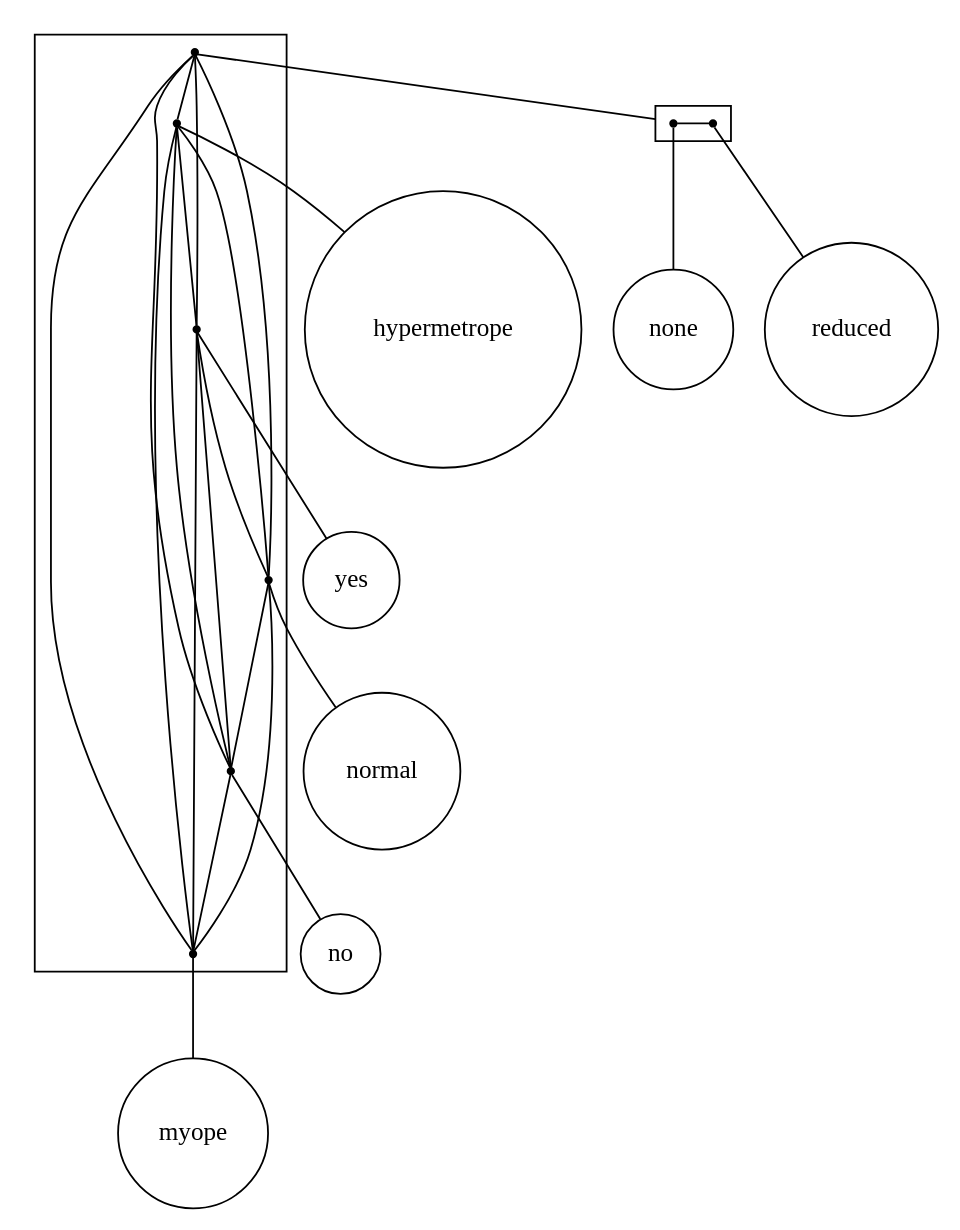
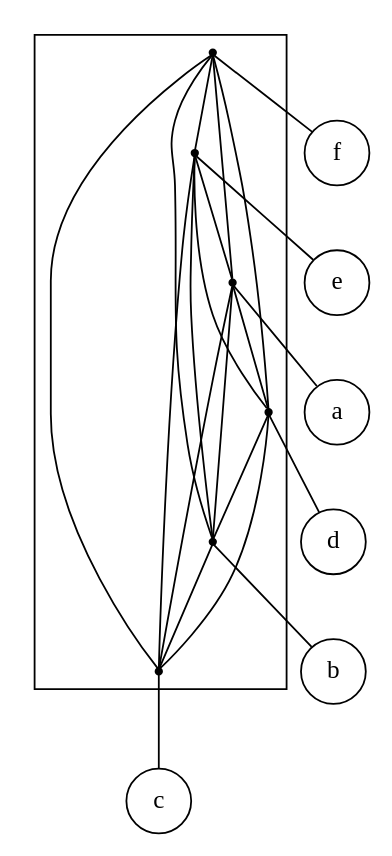
Before and after one commit to lrodrin/TFG: the diagram in src/final/plain_2-structure.dot, drawn with Graphviz. The commit also changed 8 other files, not shown here.

Commit message:
ja no es crida a graphviz si el graph té més de 15 nodes

```diff
--- a/src/final/plain_2-structure.dot
+++ b/src/final/plain_2-structure.dot
@@ -1,47 +1,38 @@
 strict digraph "plain_2-structure" {
 compound=true;
 fontname=Verdana;
 fontsize=12;
 newrank=true;
 node [shape=circle];
-hypermetrope;
-yes;
-normal;
-no;
-myope;
-none;
-reduced;
-subgraph cluster_yesreducedmyopehypermetropenonenormalno {
+f;
+e;
+a;
+d;
+b;
+c;
+subgraph cluster_efdbca {
 node [shape=point];
-s_nonereduced -> s_hypermetrope  [color=black, arrowhead=none];
-s_nonereduced -> s_yes  [color=black, arrowhead=none];
-s_nonereduced -> s_normal  [color=black, arrowhead=none];
-s_nonereduced -> s_no  [color=black, arrowhead=none];
-s_nonereduced -> s_myope  [color=black, arrowhead=none];
-s_hypermetrope -> s_yes  [color=black, arrowhead=none];
-s_hypermetrope -> s_normal  [color=black, arrowhead=none];
-s_hypermetrope -> s_no  [color=black, arrowhead=none];
-s_hypermetrope -> s_myope  [color=black, arrowhead=none];
-s_yes -> s_normal  [color=black, arrowhead=none];
-s_yes -> s_no  [color=black, arrowhead=none];
-s_yes -> s_myope  [color=black, arrowhead=none];
-s_normal -> s_no  [color=black, arrowhead=none];
-s_normal -> s_myope  [color=black, arrowhead=none];
-s_no -> s_myope  [color=black, arrowhead=none];
+s_f -> s_e  [color=black, arrowhead=none];
+s_f -> s_a  [color=black, arrowhead=none];
+s_f -> s_d  [color=black, arrowhead=none];
+s_f -> s_b  [color=black, arrowhead=none];
+s_f -> s_c  [color=black, arrowhead=none];
+s_e -> s_a  [color=black, arrowhead=none];
+s_e -> s_d  [color=black, arrowhead=none];
+s_e -> s_b  [color=black, arrowhead=none];
+s_e -> s_c  [color=black, arrowhead=none];
+s_a -> s_d  [color=black, arrowhead=none];
+s_a -> s_b  [color=black, arrowhead=none];
+s_a -> s_c  [color=black, arrowhead=none];
+s_d -> s_b  [color=black, arrowhead=none];
+s_d -> s_c  [color=black, arrowhead=none];
+s_b -> s_c  [color=black, arrowhead=none];
 }
 
-subgraph cluster_nonereduced {
-rank=same;
-node [shape=point];
-s_none -> s_reduced  [color=black, arrowhead=none];
+s_f -> f  [arrowhead=none];
+s_e -> e  [arrowhead=none];
+s_a -> a  [arrowhead=none];
+s_d -> d  [arrowhead=none];
+s_b -> b  [arrowhead=none];
+s_c -> c  [arrowhead=none];
 }
-
-s_nonereduced -> s_none  [lhead=cluster_nonereduced, arrowhead=none];
-s_hypermetrope -> hypermetrope  [arrowhead=none];
-s_yes -> yes  [arrowhead=none];
-s_normal -> normal  [arrowhead=none];
-s_no -> no  [arrowhead=none];
-s_myope -> myope  [arrowhead=none];
-s_none -> none  [arrowhead=none];
-s_reduced -> reduced  [arrowhead=none];
-}
```
